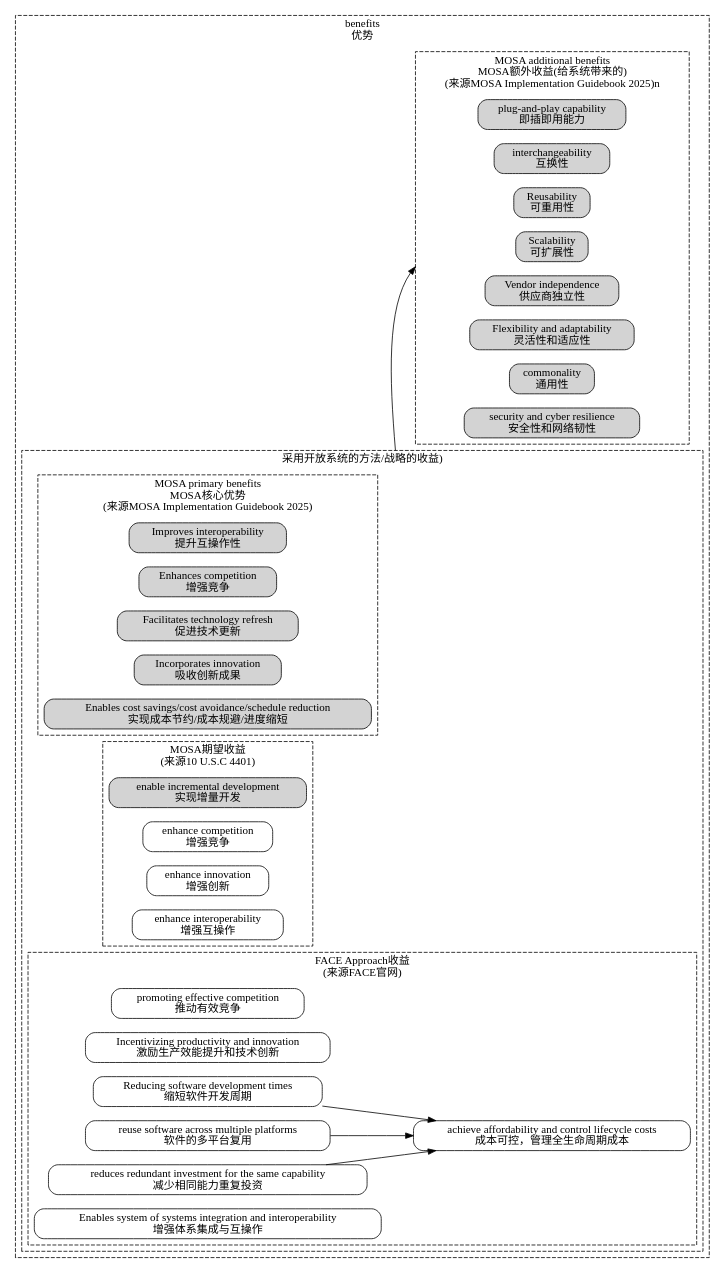
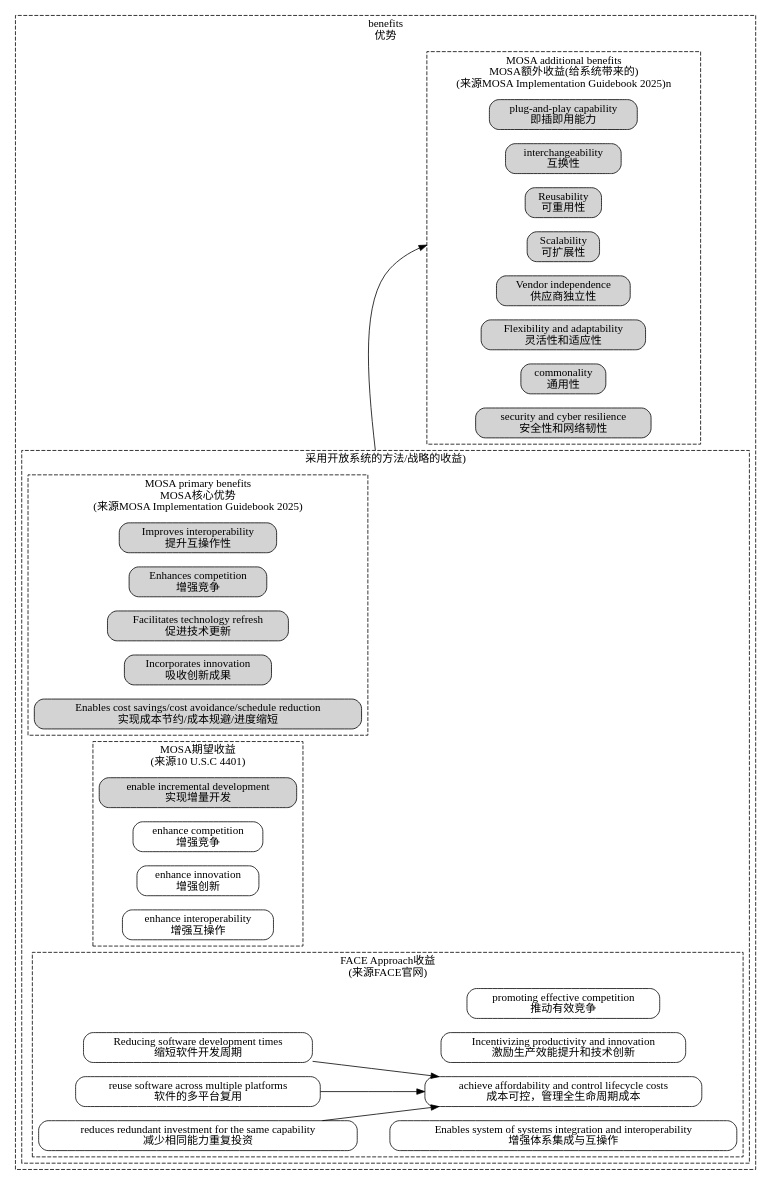
Before and after one commit to chaozhang2000/soa: the diagram in parts/soa_feature_benifits.dot, drawn with Graphviz. The commit also changed 2 other files, not shown here.

```diff
--- a/parts/soa_feature_benifits.dot
+++ b/parts/soa_feature_benifits.dot
@@ -1,58 +1,60 @@
 digraph G {
   graph [rankdir=LR,compound=true];
   node [shape=box, style="rounded,filled"];
 subgraph cluster_MOSA_benefits{
 	label="benefits\n优势"
 	style = dashed;
 subgraph cluster_MOSA_benefits1{
 	label="采用开放系统的方法/战略的收益)"
 	style = dashed;
 	
 	subgraph cluster_MOSA_primary_benefits{
 	label="MOSA primary benefits\nMOSA核心优势\n(来源MOSA Implementation Guidebook 2025)"
 	style = dashed;
 	MOSA_Benefit1[label="Improves interoperability\n提升互操作性"]
 	MOSA_Benefit2[label="Enhances competition\n增强竞争"]
 	MOSA_Benefit3[label="Facilitates technology refresh\n促进技术更新"]
 	MOSA_Benefit4[label="Incorporates innovation\n吸收创新成果"]
 	MOSA_Benefit5[label="Enables cost savings/cost avoidance/schedule reduction\n实现成本节约/成本规避/进度缩短"]
 	}
 subgraph cluster_MOSA_benefits2{
 	label="MOSA期望收益\n(来源10 U.S.C 4401)"
 	style = dashed;
 	MOSA_Benefit14[label="enable incremental development\n实现增量开发"]
 	MOSA_Benefit15[label="enhance competition\n增强竞争",color=black,fillcolor=white]
 	MOSA_Benefit16[label="enhance innovation\n增强创新",color=black,fillcolor=white]
 	MOSA_Benefit17[label="enhance interoperability\n增强互操作",color=black,fillcolor=white]
 }
 subgraph cluster_FACE_benefits2{
 	label="FACE Approach收益\n(来源FACE官网)"
 	style = dashed;
 	FACE_Benefit0[label="promoting effective competition\n推动有效竞争",color=black,fillcolor=white]
 	FACE_Benefit1[label="achieve affordability and control lifecycle costs\n成本可控，管理全生命周期成本",color=black,fillcolor=white]
 	FACE_Benefit2[label="Incentivizing productivity and innovation\n激励生产效能提升和技术创新",color=black,fillcolor=white]
 	FACE_Benefit3[label="Reducing software development times\n缩短软件开发周期",color=black,fillcolor=white]
 	FACE_Benefit4[label="reuse software across multiple platforms\n软件的多平台复用",color=black,fillcolor=white]
 	FACE_Benefit5[label="reduces redundant investment for the same capability\n减少相同能力重复投资",color=black,fillcolor=white]
 	FACE_Benefit6[label="Enables system of systems integration and interoperability\n增强体系集成与互操作",color=black,fillcolor=white]
+	{rank=same;FACE_Benefit1;FACE_Benefit2;FACE_Benefit6;FACE_Benefit0}
 	FACE_Benefit3->FACE_Benefit1
 	FACE_Benefit4->FACE_Benefit1
 	FACE_Benefit5->FACE_Benefit1
 }
 }
 	subgraph cluster_MOSA_additional_benefits{
 	label="MOSA additional benefits\nMOSA额外收益(给系统带来的)\n(来源MOSA Implementation Guidebook 2025)n"
 	style = dashed;
 	MOSA_Benefit6[label="plug-and-play capability\n即插即用能力"]
 	MOSA_Benefit7[label="interchangeability\n互换性"]
 	MOSA_Benefit8[label="Reusability\n可重用性"]
 	MOSA_Benefit9[label="Scalability\n可扩展性"]
 	MOSA_Benefit10[label="Vendor independence\n供应商独立性"]
 	MOSA_Benefit11[label="Flexibility and adaptability\n灵活性和适应性"]
 	MOSA_Benefit12[label="commonality\n通用性"]
 	MOSA_Benefit13[label="security and cyber resilience\n安全性和网络韧性"]
+	
 	}
 }
 MOSA_Benefit5->MOSA_Benefit9[lhead = "cluster_MOSA_additional_benefits",ltail = "cluster_MOSA_benefits1"]
 //MOSA_Benefit1->MOSA_Benefit14[style=invis]
 }
```
